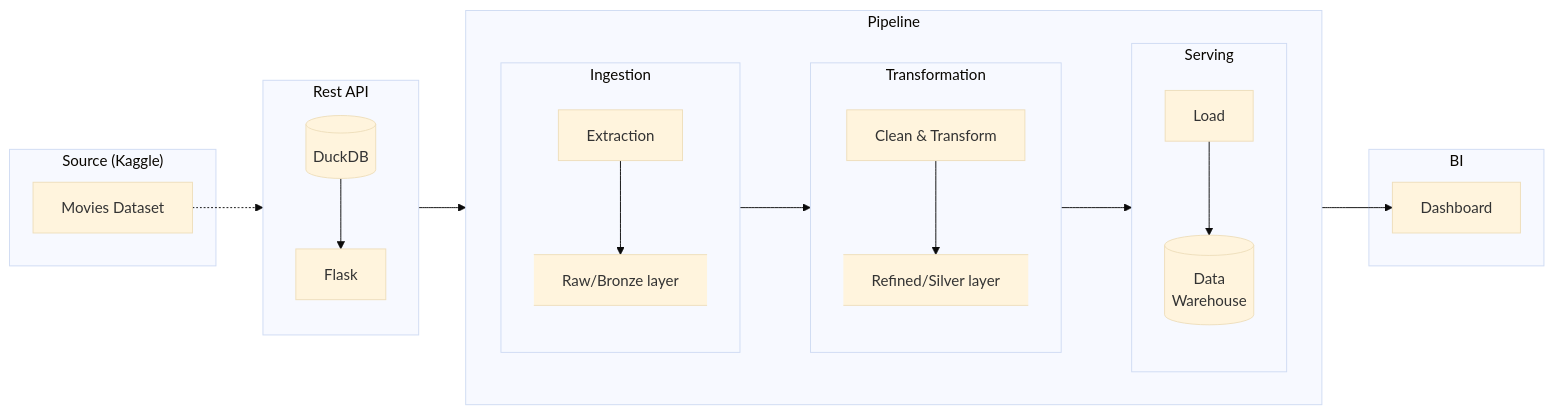
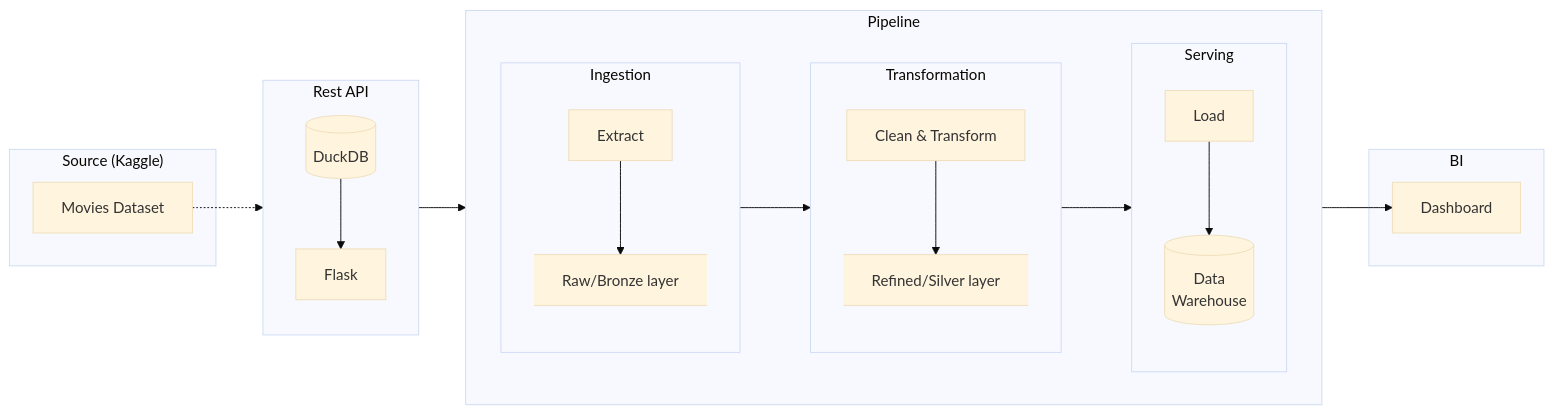
Before and after one commit to QuentinElGuay/portfolio-movies-etl: the diagram in README.md, drawn with Mermaid (base theme).

````diff
--- a/README.md
+++ b/README.md
@@ -32,49 +32,49 @@
 ```mermaid
 flowchart LR
     subgraph "Source (Kaggle)"
         A[Movies Dataset]
     end
 
     subgraph Rest API
         direction TB
         B[(DuckDB)]
         C[Flask]
     end
 
     subgraph Pipeline
         direction LR
 
         subgraph Ingestion
             direction TB
-            D["Extraction"]
+            D["Extract"]
             E@{shape: datastore, label: "Raw/Bronze layer"}
         end
 
         subgraph Transformation
             direction TB
             F["Clean & Transform"]
             G@{shape: datastore, label: "Refined/Silver layer"}
         end
 
         subgraph Serving
             direction TB
             H["Load"]
             I[(Data
             Warehouse)]
         end
     end
 
     subgraph BI
         J[Dashboard]
     end
 
     A -.-> B
     B --> C
     C --> D
     D --> E
     E --> F
     F --> G
     G --> H
     H --> I
     I --> J
 ```
````
